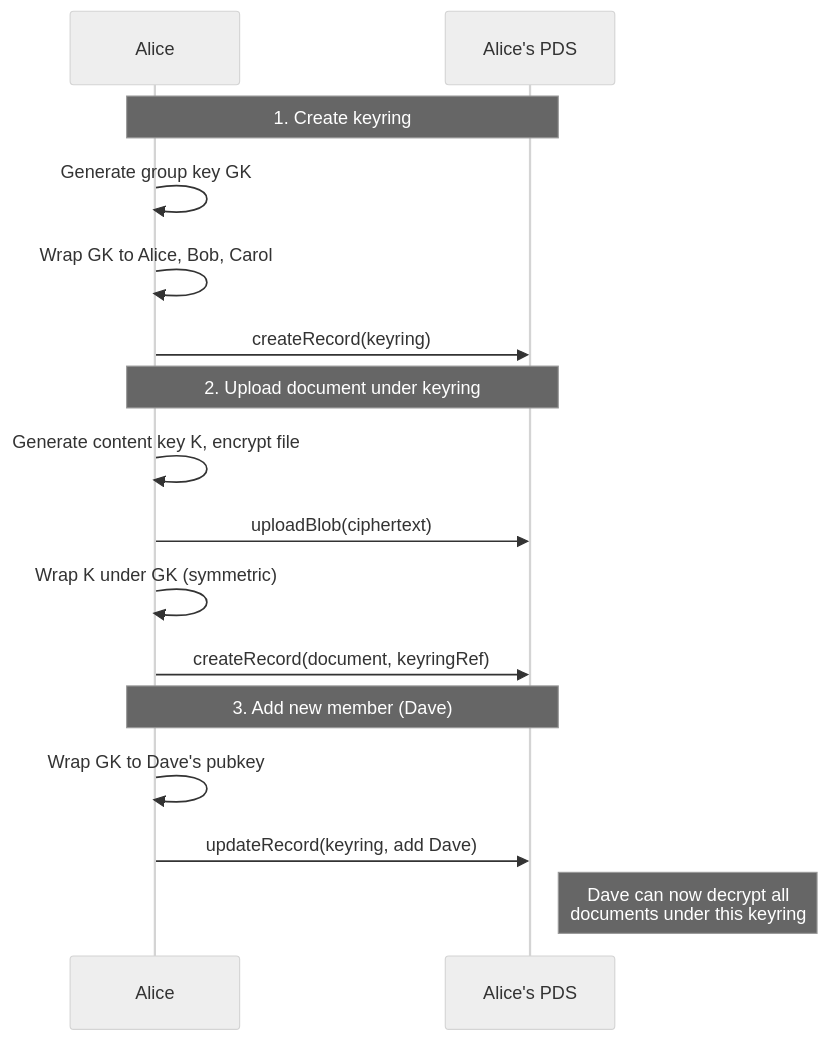
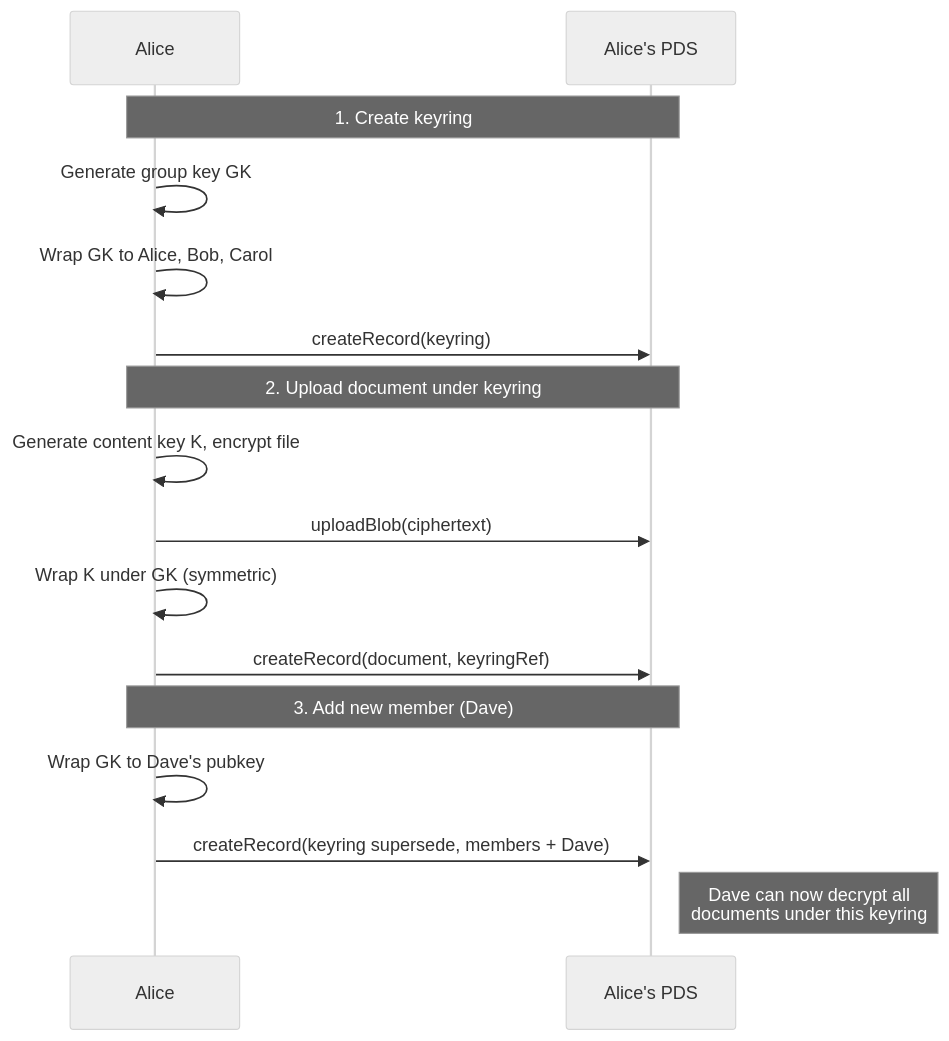
The second of 5 diagrams in lexicons/README.md (Sans-Self/Opake), drawn with Mermaid (neutral theme) before and after one commit. The commit also changed other lines of this file and 35 other files, not shown here.

````diff
--- a/lexicons/README.md
+++ b/lexicons/README.md
@@ -99,21 +96,21 @@
 ```mermaid
 sequenceDiagram
     participant Alice
     participant PDS as Alice's PDS
 
     Note over Alice,PDS: 1. Create keyring
     Alice->>Alice: Generate group key GK
     Alice->>Alice: Wrap GK to Alice, Bob, Carol
     Alice->>PDS: createRecord(keyring)
 
     Note over Alice,PDS: 2. Upload document under keyring
     Alice->>Alice: Generate content key K, encrypt file
     Alice->>PDS: uploadBlob(ciphertext)
     Alice->>Alice: Wrap K under GK (symmetric)
     Alice->>PDS: createRecord(document, keyringRef)
 
     Note over Alice,PDS: 3. Add new member (Dave)
     Alice->>Alice: Wrap GK to Dave's pubkey
-    Alice->>PDS: updateRecord(keyring, add Dave)
+    Alice->>PDS: createRecord(keyring supersede, members + Dave)
     Note right of PDS: Dave can now decrypt all<br/>documents under this keyring
 ```
````
